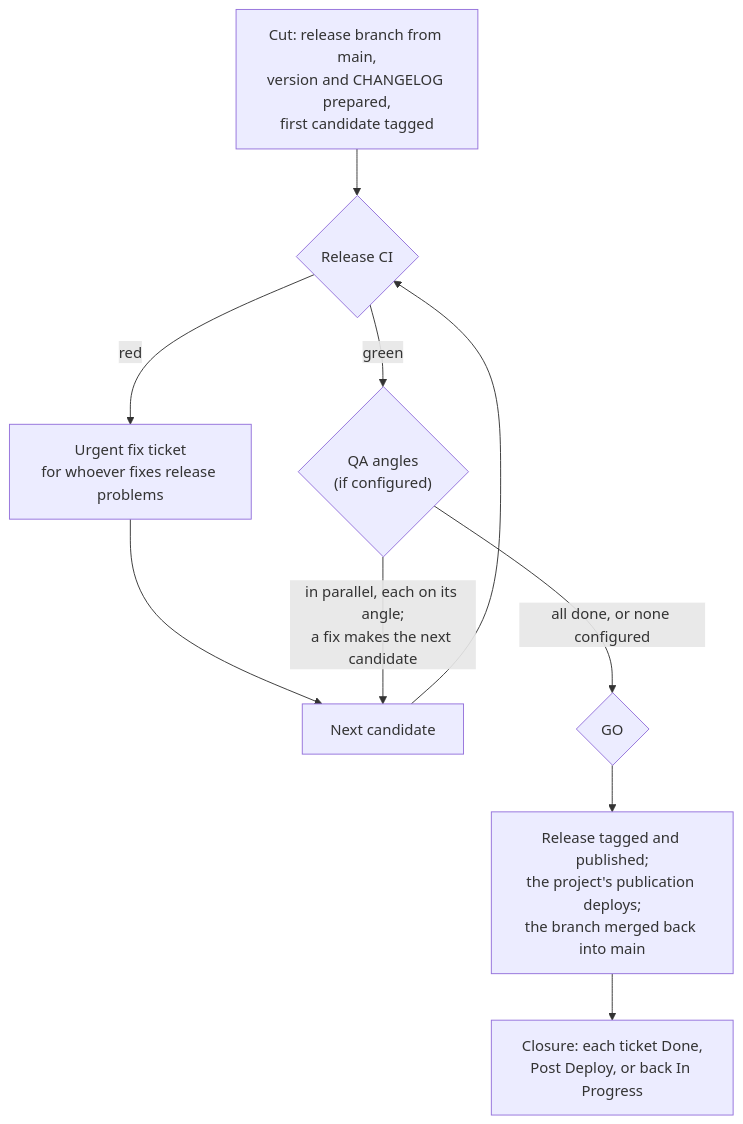
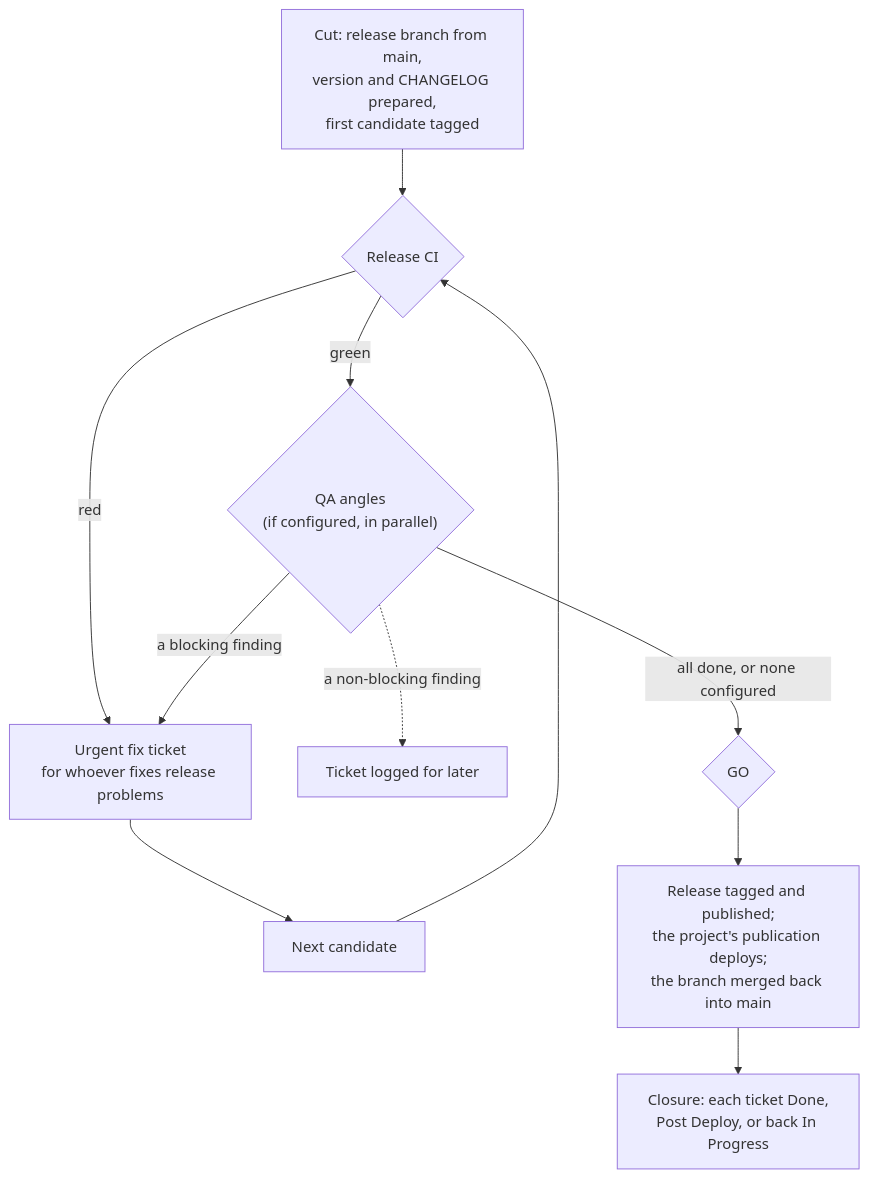
Before and after one commit to Martin-Rancourt/spl-asdlc: the second of 2 diagrams in docs/method.md, drawn with Mermaid. The commit also changed other lines of this file and 6 other files, not shown here.

First line of the commit message:
docs: a release QA finding is blocking or not; angles fix nothing

````diff
--- a/docs/method.md
+++ b/docs/method.md
@@ -66,10 +66,11 @@
 ```mermaid
 flowchart TD
   C["Cut: release branch from main,<br/>version and CHANGELOG prepared,<br/>first candidate tagged"] --> G{Release CI}
   G -->|red| F["Urgent fix ticket<br/>for whoever fixes release problems"] --> N[Next candidate] --> G
-  G -->|green| Q{"QA angles<br/>(if configured)"}
-  Q -->|"in parallel, each on its angle;<br/>a fix makes the next candidate"| N
+  G -->|green| Q{"QA angles<br/>(if configured, in parallel)"}
+  Q -->|a blocking finding| F
+  Q -.->|a non-blocking finding| L[Ticket logged for later]
   Q -->|"all done, or none configured"| GO{GO}
   GO --> P["Release tagged and published;<br/>the project's publication deploys;<br/>the branch merged back into main"]
   P --> CL["Closure: each ticket Done,<br/>Post Deploy, or back In Progress"]
 ```
````
